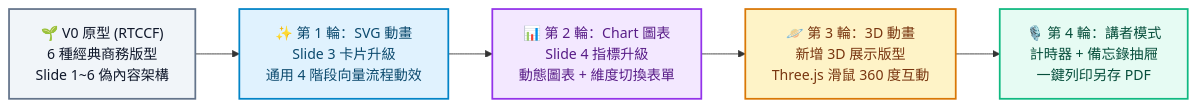
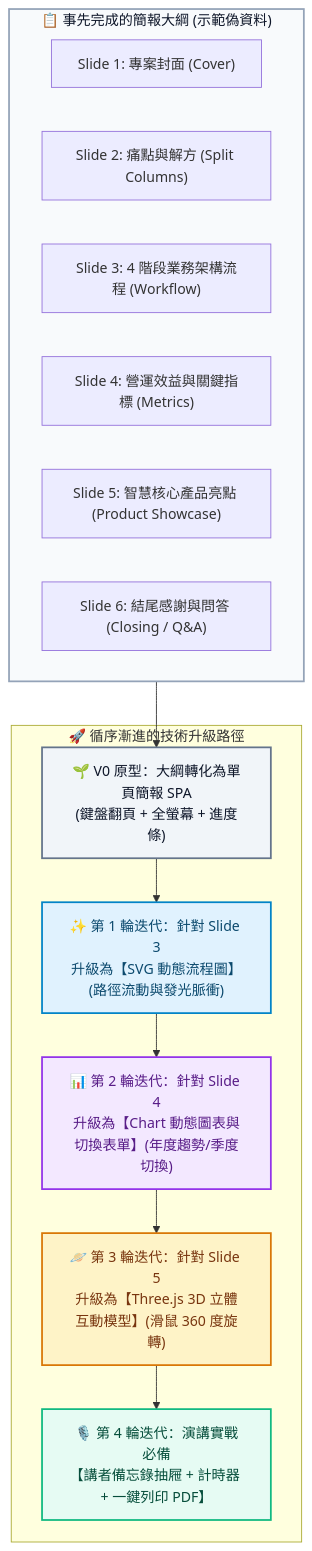
Before and after one commit to roberthsu2003/vibe_coding: the diagram in AIFirst實作課程/建立線上簡報網頁/README.md, drawn with Mermaid. The commit also changed other lines of this file and 1 other file, not shown here.

````diff
--- a/AIFirst實作課程/建立線上簡報網頁/README.md
+++ b/AIFirst實作課程/建立線上簡報網頁/README.md
@@ -113,14 +15,32 @@
 ```mermaid
-flowchart LR
-    V0["🌱 V0 原型 (RTCCF)<br/>6 種經典商務版型<br/>Slide 1~6 偽內容架構"] 
-    --> V1["✨ 第 1 輪：SVG 動畫<br/>Slide 3 卡片升級<br/>通用 4 階段向量流程動效"]
-    --> V2["📊 第 2 輪：Chart 圖表<br/>Slide 4 指標升級<br/>動態圖表 + 維度切換表單"]
-    --> V3["🪐 第 3 輪：3D 動畫<br/>新增 3D 展示版型<br/>Three.js 滑鼠 360 度互動"]
-    --> V4["🎙️ 第 4 輪：講者模式<br/>計時器 + 備忘錄抽屜<br/>一鍵列印另存 PDF"]
+flowchart TD
+    subgraph OUTLINE["📋 事先完成的簡報大綱 (示範偽資料)"]
+        S1["Slide 1: 專案封面 (Cover)"]
+        S2["Slide 2: 痛點與解方 (Split Columns)"]
+        S3["Slide 3: 4 階段業務架構流程 (Workflow)"]
+        S4["Slide 4: 營運效益與關鍵指標 (Metrics)"]
+        S5["Slide 5: 智慧核心產品亮點 (Product Showcase)"]
+        S6["Slide 6: 結尾感謝與問答 (Closing / Q&A)"]
+    end
 
+    subgraph ITERATIONS["🚀 循序漸進的技術升級路徑"]
+        V0["🌱 V0 原型：大綱轉化為單頁簡報 SPA<br/>(鍵盤翻頁 + 全螢幕 + 進度條)"]
+        V1["✨ 第 1 輪迭代：針對 Slide 3<br/>升級為【SVG 動態流程圖】(路徑流動與發光脈衝)"]
+        V2["📊 第 2 輪迭代：針對 Slide 4<br/>升級為【Chart 動態圖表與切換表單】(年度趨勢/季度切換)"]
+        V3["🪐 第 3 輪迭代：針對 Slide 5<br/>升級為【Three.js 3D 立體互動模型】(滑鼠 360 度旋轉)"]
+        V4["🎙️ 第 4 輪迭代：演講實戰必備<br/>【講者備忘錄抽屜 + 計時器 + 一鍵列印 PDF】"]
+    end
+
+    OUTLINE --> V0
+    V0 --> V1
+    V1 --> V2
+    V2 --> V3
+    V3 --> V4
+
+    style OUTLINE fill:#f8fafc,stroke:#94a3b8,stroke-width:2px,color:#0f172a
     style V0 fill:#f1f5f9,stroke:#64748b,stroke-width:2px,color:#0f172a
     style V1 fill:#e0f2fe,stroke:#0284c7,stroke-width:2px,color:#0c4a6e
     style V2 fill:#f3e8ff,stroke:#9333ea,stroke-width:2px,color:#581c87
     style V3 fill:#fef3c7,stroke:#d97706,stroke-width:2px,color:#78350f
     style V4 fill:#e6fbf3,stroke:#10b981,stroke-width:2px,color:#064e3b
 ```
````
